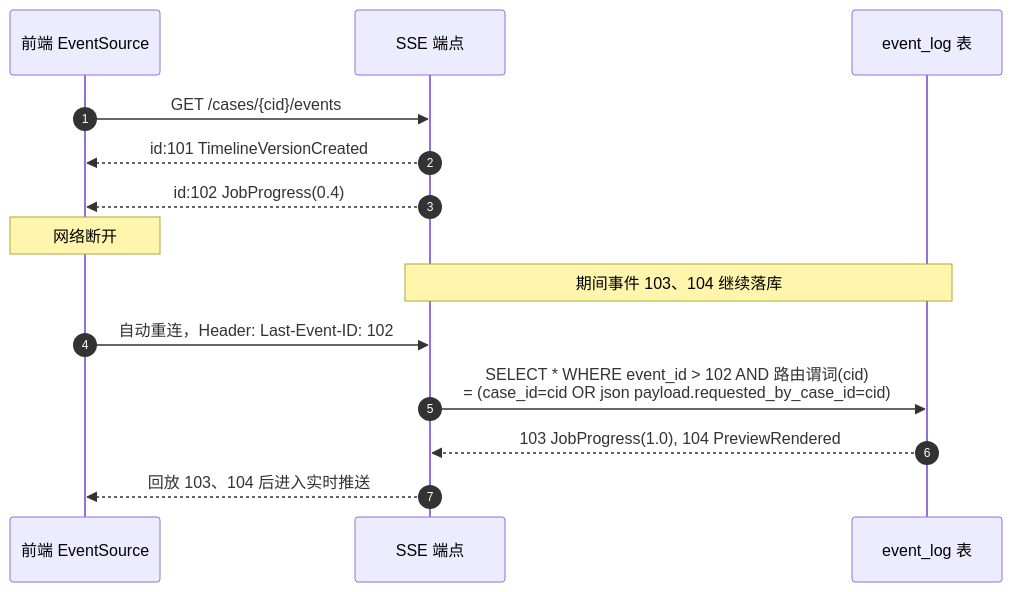
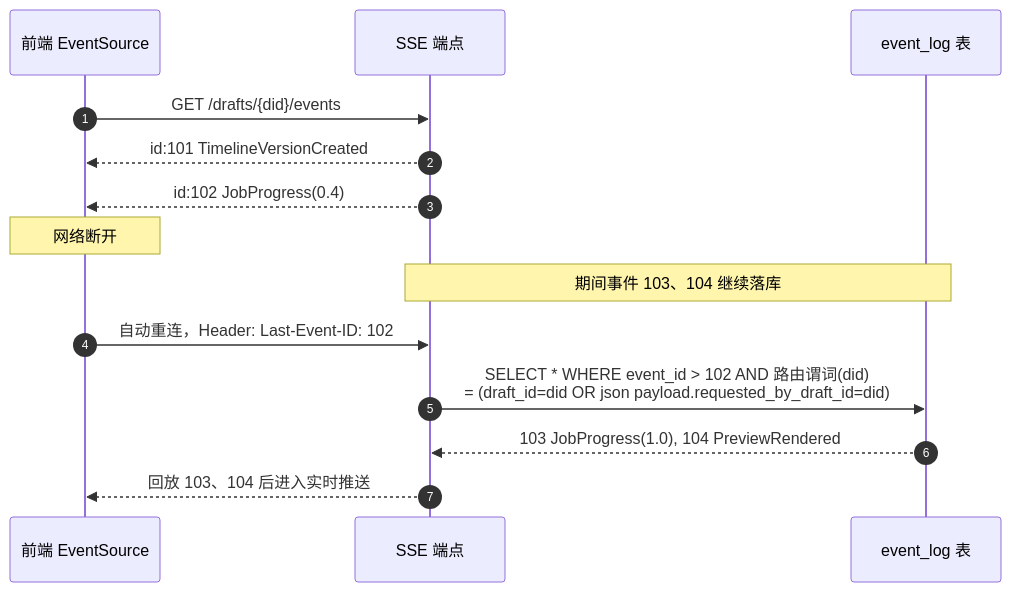
Before and after one commit to nanzhi84/Rushes: diagram 20 of 23 in PRD.md, drawn with Mermaid. The commit also changed other lines of this file and 185 other files, not shown here.

First line of the commit message:
单级草稿模型：Project/Case 合并为 Draft + API 扁平化 + 素材全局去重 (#45)

````diff
--- a/PRD.md
+++ b/PRD.md
@@ -1638,17 +1595,17 @@
 ```mermaid
 sequenceDiagram
   autonumber
   participant FE as 前端 EventSource
   participant API as SSE 端点
   participant EL as event_log 表
 
-  FE->>API: GET /cases/{cid}/events
+  FE->>API: GET /drafts/{did}/events
   API-->>FE: id:101 TimelineVersionCreated
   API-->>FE: id:102 JobProgress(0.4)
   Note over FE: 网络断开
   Note over API,EL: 期间事件 103、104 继续落库
   FE->>API: 自动重连，Header: Last-Event-ID: 102
-  API->>EL: SELECT * WHERE event_id > 102 AND 路由谓词(cid)<br/>= (case_id=cid OR json payload.requested_by_case_id=cid)
+  API->>EL: SELECT * WHERE event_id > 102 AND 路由谓词(did)<br/>= (draft_id=did OR json payload.requested_by_draft_id=did)
   EL-->>API: 103 JobProgress(1.0), 104 PreviewRendered
   API-->>FE: 回放 103、104 后进入实时推送
 ```
````
